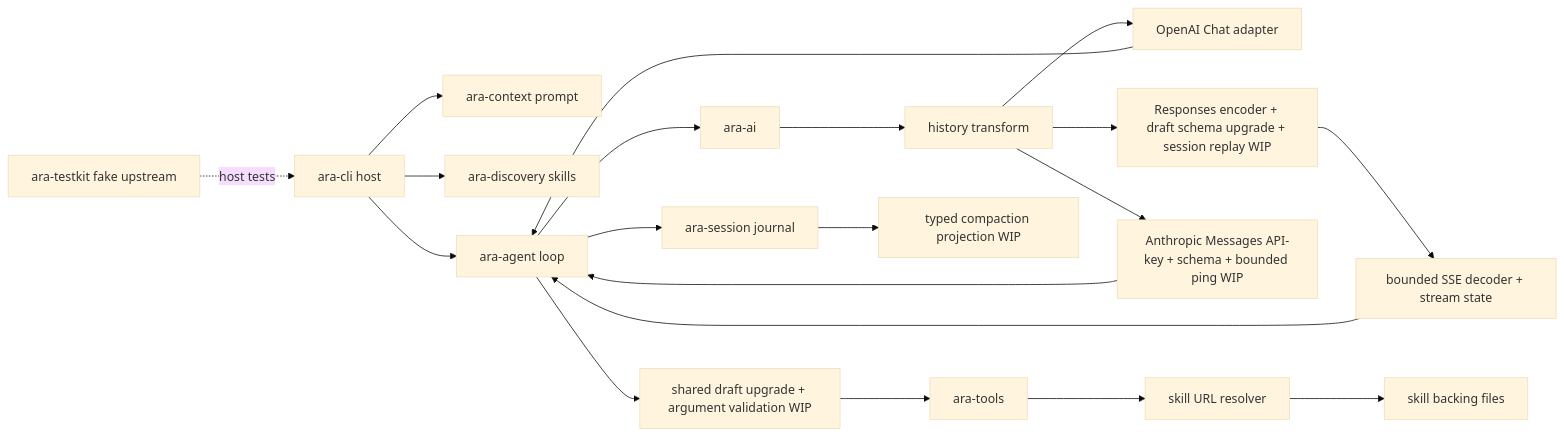
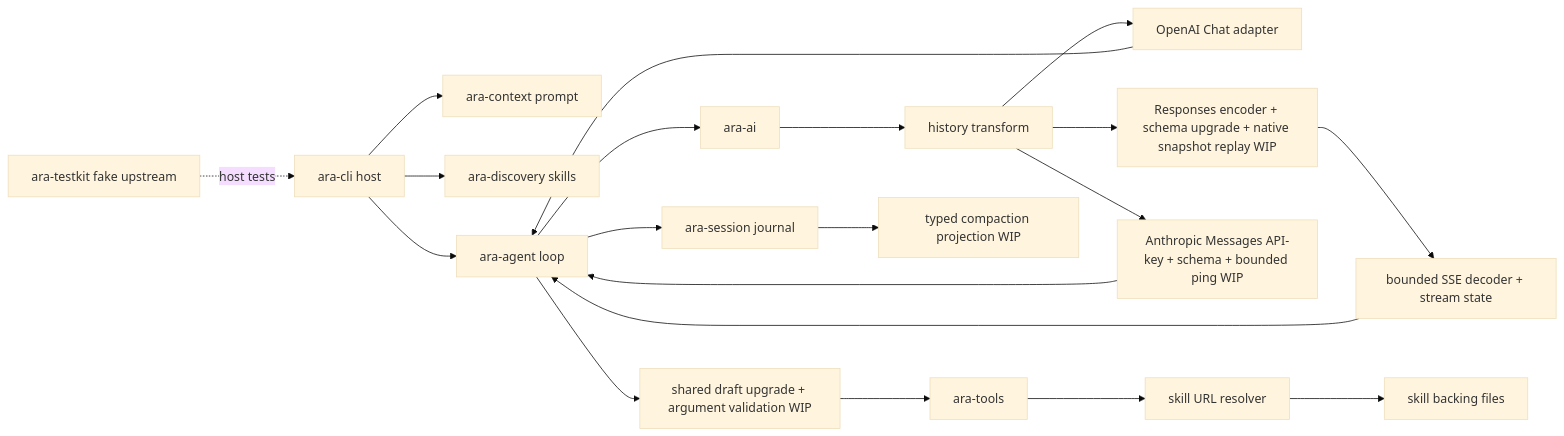
One commit to ZZray/ara changed the diagram in docs/handoffs/2026-09-27.md. Above: the diagram before and after it, drawn with Mermaid (base theme). The commit also changed other lines of this file and 3 other files, not shown here.

Commit message:
docs: record Responses full snapshot WIP evidence

````diff
--- a/docs/handoffs/2026-09-27.md
+++ b/docs/handoffs/2026-09-27.md
@@ -125,22 +145,22 @@
 ```mermaid
 flowchart LR
     CLI[ara-cli host] --> CTX[ara-context prompt]
     CLI --> DISC[ara-discovery skills]
     CLI --> AGT[ara-agent loop]
     AGT --> AI[ara-ai]
     AI --> XFORM[history transform]
     XFORM --> PROVIDER[OpenAI Chat adapter]
     PROVIDER --> AGT
-    XFORM --> RESP[Responses encoder + draft schema upgrade + session replay WIP]
+    XFORM --> RESP[Responses encoder + schema upgrade + native snapshot replay WIP]
     XFORM --> ANTH[Anthropic Messages API-key + schema + bounded ping WIP]
     ANTH --> AGT
     RESP --> SSE[bounded SSE decoder + stream state]
     SSE --> AGT
     AGT --> VALID[shared draft upgrade + argument validation WIP]
     VALID --> TOOLS[ara-tools]
     TOOLS --> URL[skill URL resolver]
     URL --> FS[skill backing files]
     AGT --> SES[ara-session journal]
     SES --> PROJ[typed compaction projection WIP]
     TK[ara-testkit fake upstream] -. host tests .-> CLI
 ```
````
